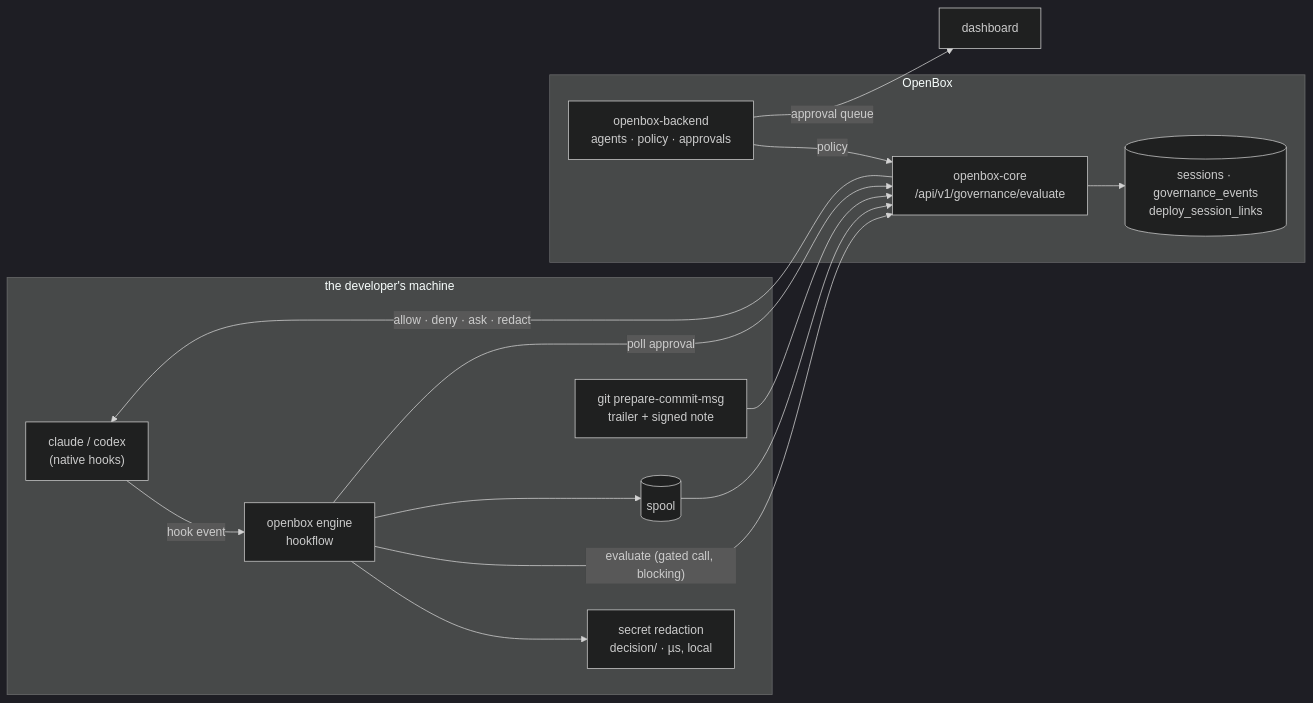
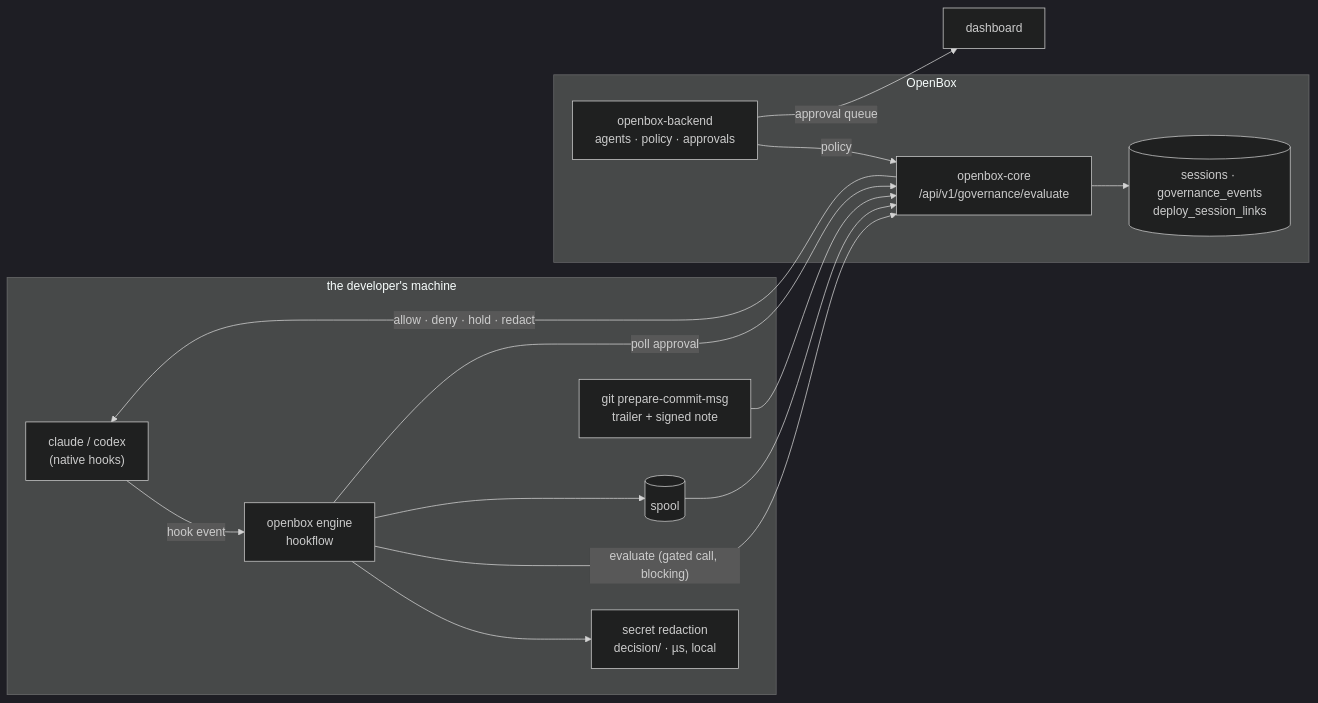
One commit to OpenBox-AI/openbox-shift-left changed the diagram in docs/architecture.md. Above: the diagram before and after it, drawn with Mermaid (dark theme). The commit also changed other lines of this file and 9 other files, not shown here.

````diff
--- a/docs/architecture.md
+++ b/docs/architecture.md
@@ -8,24 +8,24 @@
 ```mermaid
 flowchart LR
   subgraph TOOL["the developer's machine"]
     CC["claude / codex<br/>(native hooks)"]
     ENG["openbox engine<br/>hookflow"]
     RED["secret redaction<br/>decision/ · µs, local"]
     SPOOL[("spool")]
     GIT["git prepare-commit-msg<br/>trailer + signed note"]
   end
   subgraph OPENBOX["OpenBox"]
     CORE["openbox-core<br/>/api/v1/governance/evaluate"]
     BE["openbox-backend<br/>agents · policy · approvals"]
     DB[("sessions · governance_events<br/>deploy_session_links")]
   end
   CC -- "hook event" --> ENG
   ENG --> RED
   ENG -- "evaluate (gated call, blocking)" --> CORE
-  CORE -- "allow · deny · ask · redact" --> CC
+  CORE -- "allow · deny · hold · redact" --> CC
   ENG --> SPOOL --> CORE --> DB
   ENG -- "poll approval" --> CORE
   GIT --> CORE
   BE -- "policy" --> CORE
   BE -- "approval queue" --> DASH["dashboard"]
 ```
````
